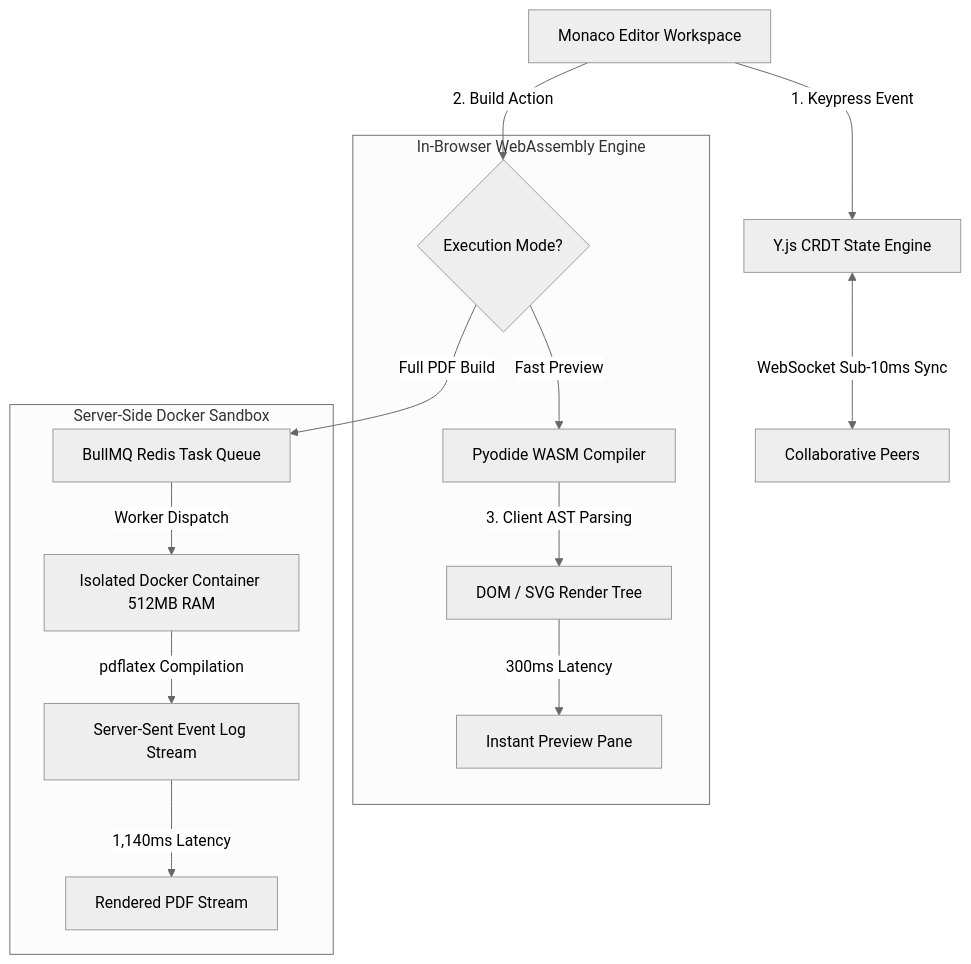
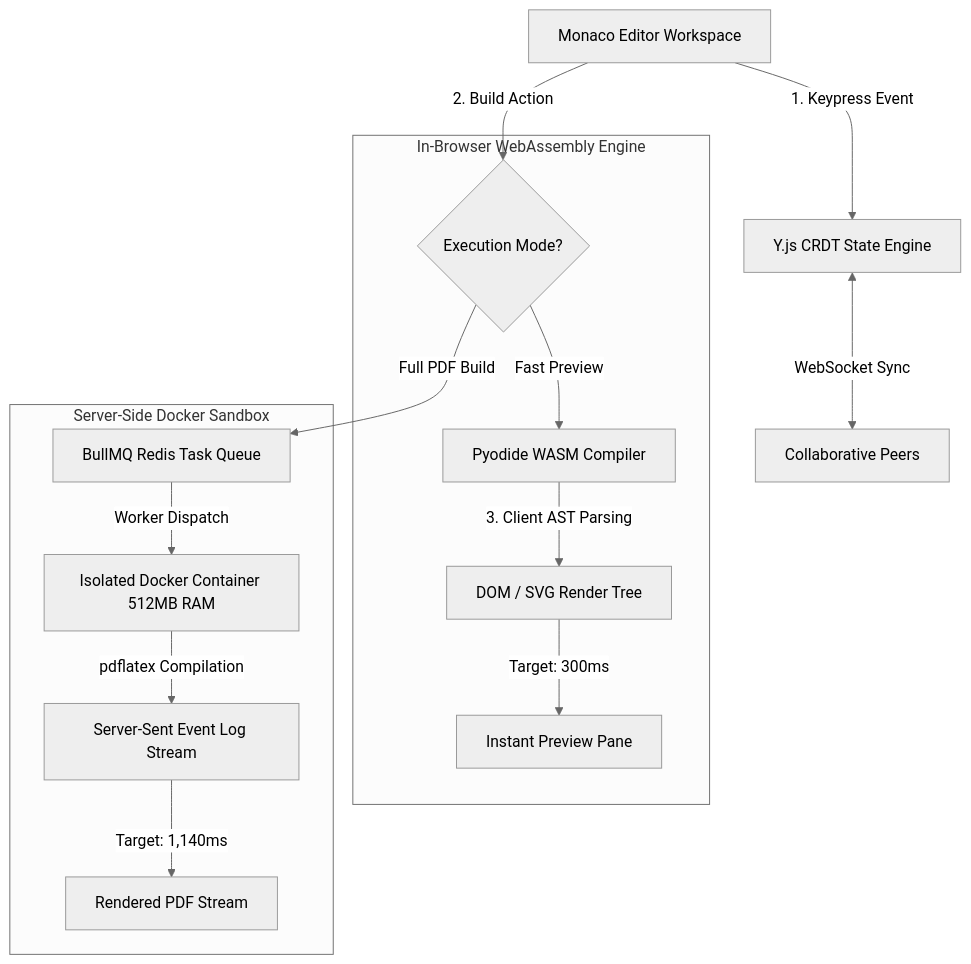
The diagram in README.md (harsharajkumar-273/Proofdesk), drawn with Mermaid (neutral theme) before and after one commit. The commit also changed other lines of this file, not shown here.

````diff
--- a/README.md
+++ b/README.md
@@ -68,20 +71,20 @@
 ```mermaid
 flowchart TD
     User[Monaco Editor Workspace] -->|1. Keypress Event| CRDT[Y.js CRDT State Engine]
-    CRDT <-->|WebSocket Sub-10ms Sync| Peers[Collaborative Peers]
+    CRDT <-->|WebSocket Sync| Peers[Collaborative Peers]
 
     User -->|2. Build Action| Decision{Execution Mode?}
     
     subgraph ClientWASM [In-Browser WebAssembly Engine]
         Decision -->|Fast Preview| Pyodide[Pyodide WASM Compiler]
         Pyodide -->|3. Client AST Parsing| DOM[DOM / SVG Render Tree]
-        DOM -->|300ms Latency| UI[Instant Preview Pane]
+        DOM -->|Target: 300ms| UI[Instant Preview Pane]
     end
     
     subgraph ServerSandbox [Server-Side Docker Sandbox]
         Decision -->|Full PDF Build| Queue[BullMQ Redis Task Queue]
         Queue -->|Worker Dispatch| Docker[Isolated Docker Container 512MB RAM]
         Docker -->|pdflatex Compilation| SSE[Server-Sent Event Log Stream]
-        SSE -->|1,140ms Latency| PDF[Rendered PDF Stream]
+        SSE -->|Target: 1,140ms| PDF[Rendered PDF Stream]
     end
 ```
````
